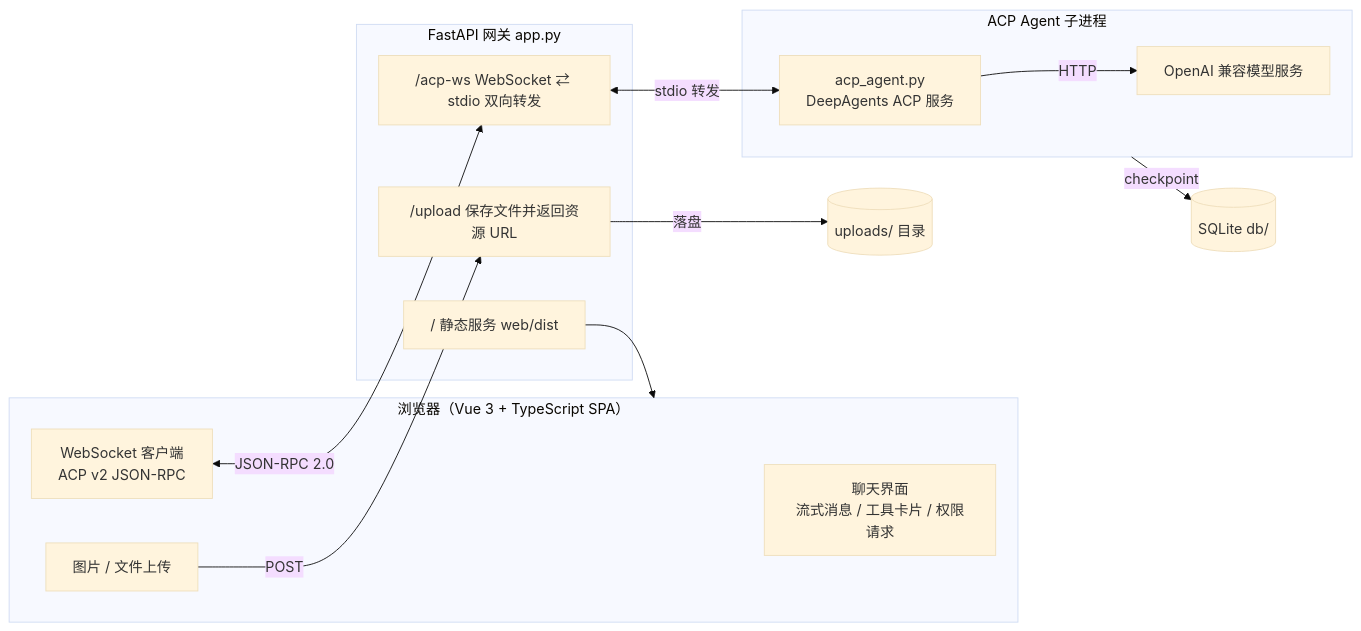
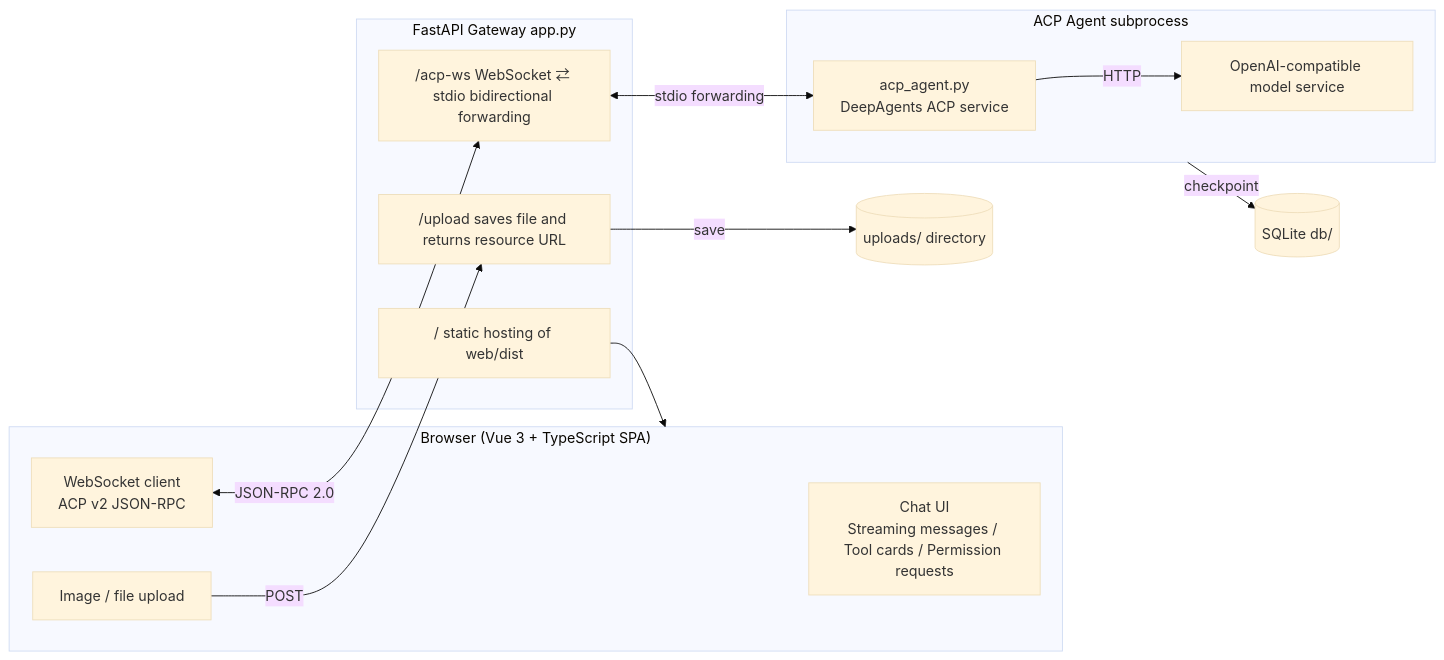
One commit to cq-zhangjw/deepagents-acp-demo-mvp changed the diagram in README.md. Above: the diagram before and after it, drawn with Mermaid (base theme).

Commit message:
docs: README 架构图节点英文化
- README.md 架构图节点改为英文（Browser / FastAPI Gateway / ACP Agent subprocess 等），中文版与日文版保持各自语言

````diff
--- a/README.md
+++ b/README.md
@@ -18,27 +18,27 @@
 ```mermaid
 flowchart LR
-  subgraph Browser["浏览器（Vue 3 + TypeScript SPA）"]
-    UI[聊天界面<br/>流式消息 / 工具卡片 / 权限请求]
-    Upload[图片 / 文件上传]
-    WSClient[WebSocket 客户端<br/>ACP v2 JSON-RPC]
+  subgraph Browser["Browser (Vue 3 + TypeScript SPA)"]
+    UI[Chat UI<br/>Streaming messages / Tool cards / Permission requests]
+    Upload[Image / file upload]
+    WSClient[WebSocket client<br/>ACP v2 JSON-RPC]
   end
 
-  subgraph Gateway["FastAPI 网关 app.py"]
-    UploadAPI["/upload 保存文件并返回资源 URL"]
-    WSProxy["/acp-ws WebSocket ⇄ stdio 双向转发"]
-    Static["/ 静态服务 web/dist"]
+  subgraph Gateway["FastAPI Gateway app.py"]
+    UploadAPI["/upload saves file and returns resource URL"]
+    WSProxy["/acp-ws WebSocket ⇄ stdio bidirectional forwarding"]
+    Static["/ static hosting of web/dist"]
   end
 
-  subgraph Agent["ACP Agent 子进程"]
-    ACP["acp_agent.py<br/>DeepAgents ACP 服务"]
-    Model["OpenAI 兼容模型服务"]
+  subgraph Agent["ACP Agent subprocess"]
+    ACP["acp_agent.py<br/>DeepAgents ACP service"]
+    Model["OpenAI-compatible model service"]
   end
 
   Upload -->|POST| UploadAPI
-  UploadAPI -->|落盘| Storage[("uploads/ 目录")]
+  UploadAPI -->|save| Storage[("uploads/ directory")]
   WSClient <-->|JSON-RPC 2.0| WSProxy
-  WSProxy <-->|stdio 转发| ACP
+  WSProxy <-->|stdio forwarding| ACP
   ACP -->|HTTP| Model
   Static --> Browser
   Agent -->|checkpoint| DB[("SQLite db/")]
 ```
````
